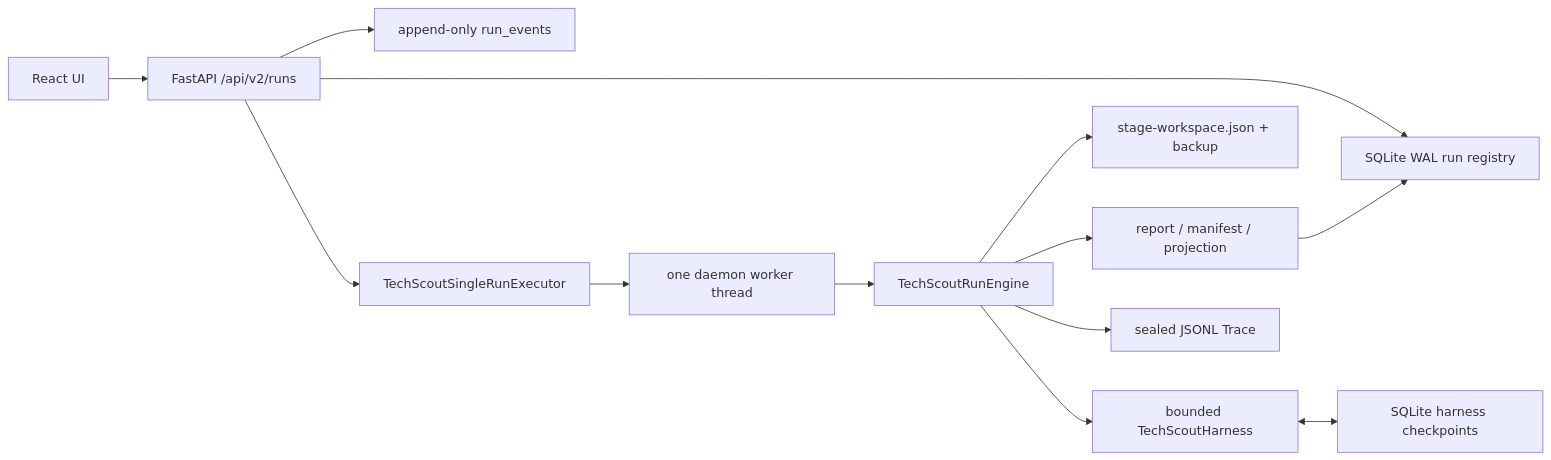
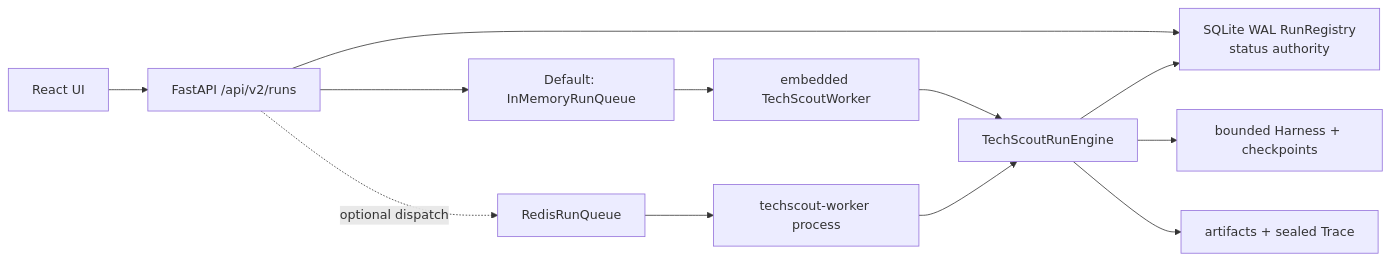
One commit to bluefateludi/MOMO-Scholar changed the diagram in docs/production/architecture.md. Above: the diagram before and after it, drawn with Mermaid. The commit also changed other lines of this file and 11 other files, not shown here.

Commit message:
docs: finalize TechScout reliability evidence

````diff
--- a/docs/production/architecture.md
+++ b/docs/production/architecture.md
@@ -9,15 +17,14 @@
 ```mermaid
 flowchart LR
     UI["React UI"] --> API["FastAPI /api/v2/runs"]
-    API --> REG["SQLite WAL run registry"]
-    API --> EVENT["append-only run_events"]
-    API --> EXEC["TechScoutSingleRunExecutor"]
-    EXEC --> THREAD["one daemon worker thread"]
-    THREAD --> ENGINE["TechScoutRunEngine"]
-    ENGINE --> HARNESS["bounded TechScoutHarness"]
-    HARNESS <--> CHECKPOINT["SQLite harness checkpoints"]
-    ENGINE --> WORKSPACE["stage-workspace.json + backup"]
-    ENGINE --> ARTIFACTS["report / manifest / projection"]
-    ENGINE --> TRACE["sealed JSONL Trace"]
-    ARTIFACTS --> REG
+    API --> REG["SQLite WAL RunRegistry\nstatus authority"]
+    API --> LOCAL["Default: InMemoryRunQueue"]
+    API -. "optional dispatch" .-> REDIS["RedisRunQueue"]
+    LOCAL --> EMBEDDED["embedded TechScoutWorker"]
+    REDIS --> EXTERNAL["techscout-worker process"]
+    EMBEDDED --> ENGINE["TechScoutRunEngine"]
+    EXTERNAL --> ENGINE
+    ENGINE --> HARNESS["bounded Harness + checkpoints"]
+    ENGINE --> ARTIFACTS["artifacts + sealed Trace"]
+    ENGINE --> REG
 ```
````
